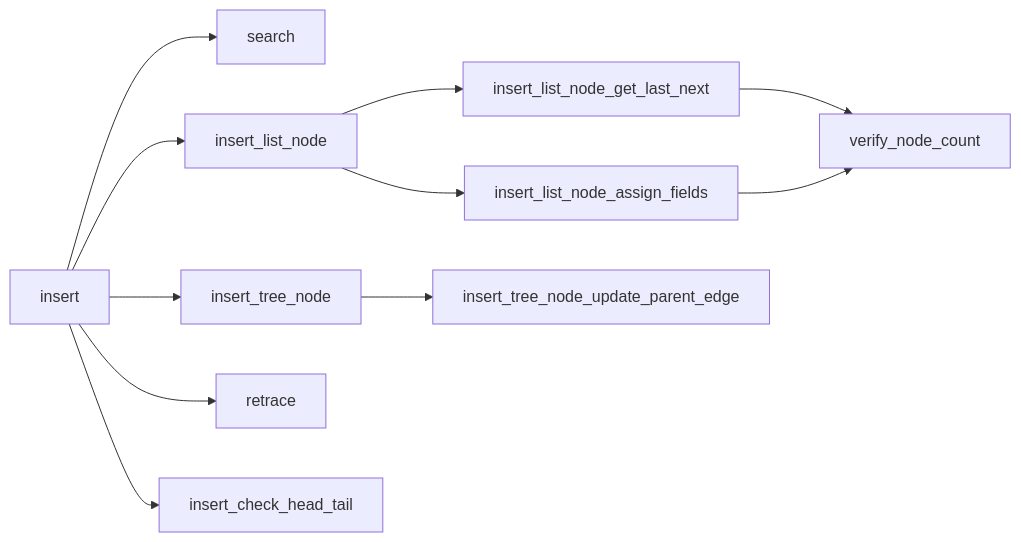
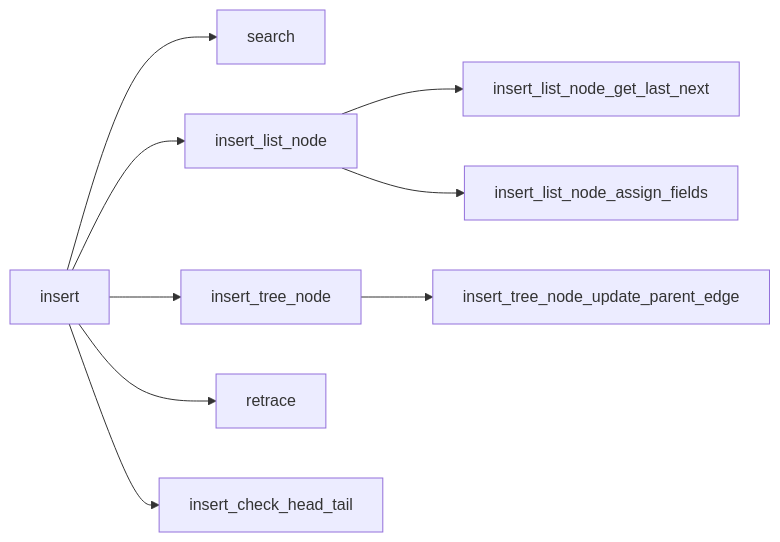
Before and after one commit to econia-labs/econia: the second of 4 diagrams in src/move/econia/build/Econia/docs/avl_queue.md, drawn with Mermaid. The commit also changed other lines of this file and 1 other file, not shown here.

Commit message:
Inline node count verification

````diff
--- a/src/move/econia/build/Econia/docs/avl_queue.md
+++ b/src/move/econia/build/Econia/docs/avl_queue.md
@@ -637,19 +637,16 @@
 ```mermaid
 
 flowchart LR
 
 insert --> search
 insert --> insert_list_node
 insert --> insert_tree_node
 insert --> retrace
 insert --> insert_check_head_tail
 
 insert_list_node --> insert_list_node_get_last_next
 insert_list_node --> insert_list_node_assign_fields
 
-insert_list_node_get_last_next --> verify_node_count
-insert_list_node_assign_fields --> verify_node_count
-
 insert_tree_node --> insert_tree_node_update_parent_edge
 
 ```
````
